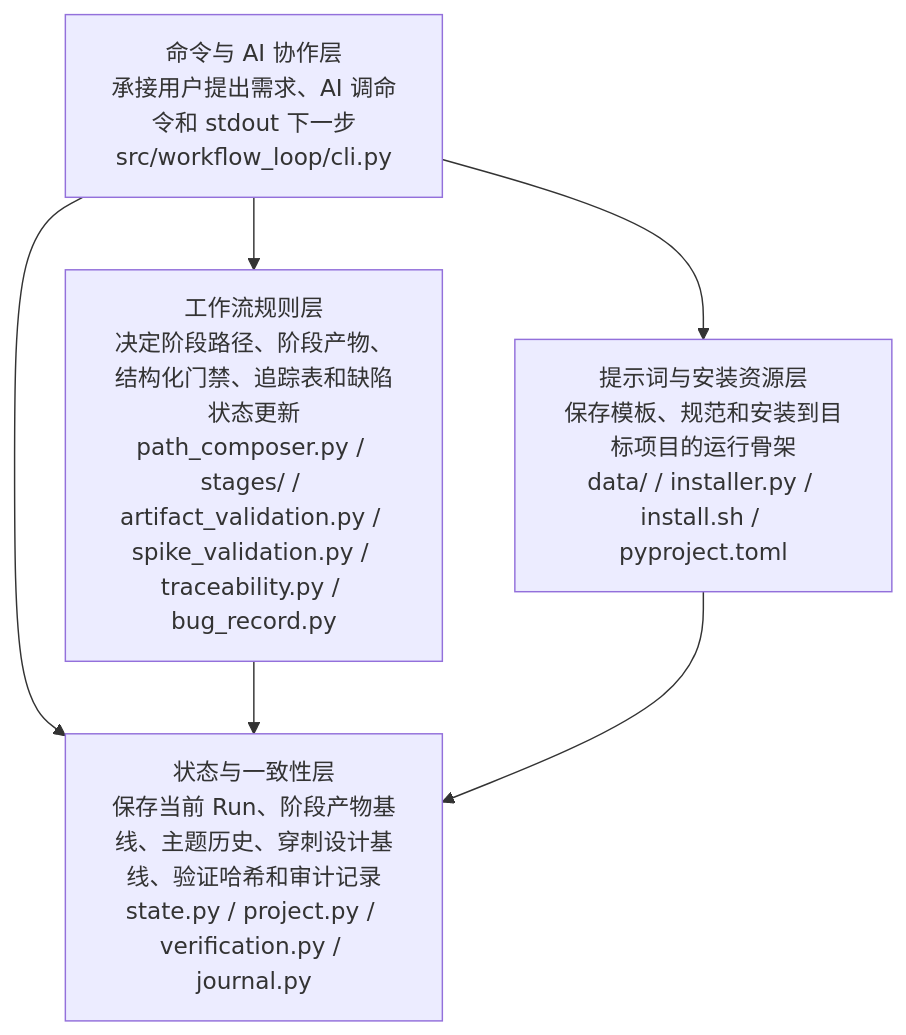
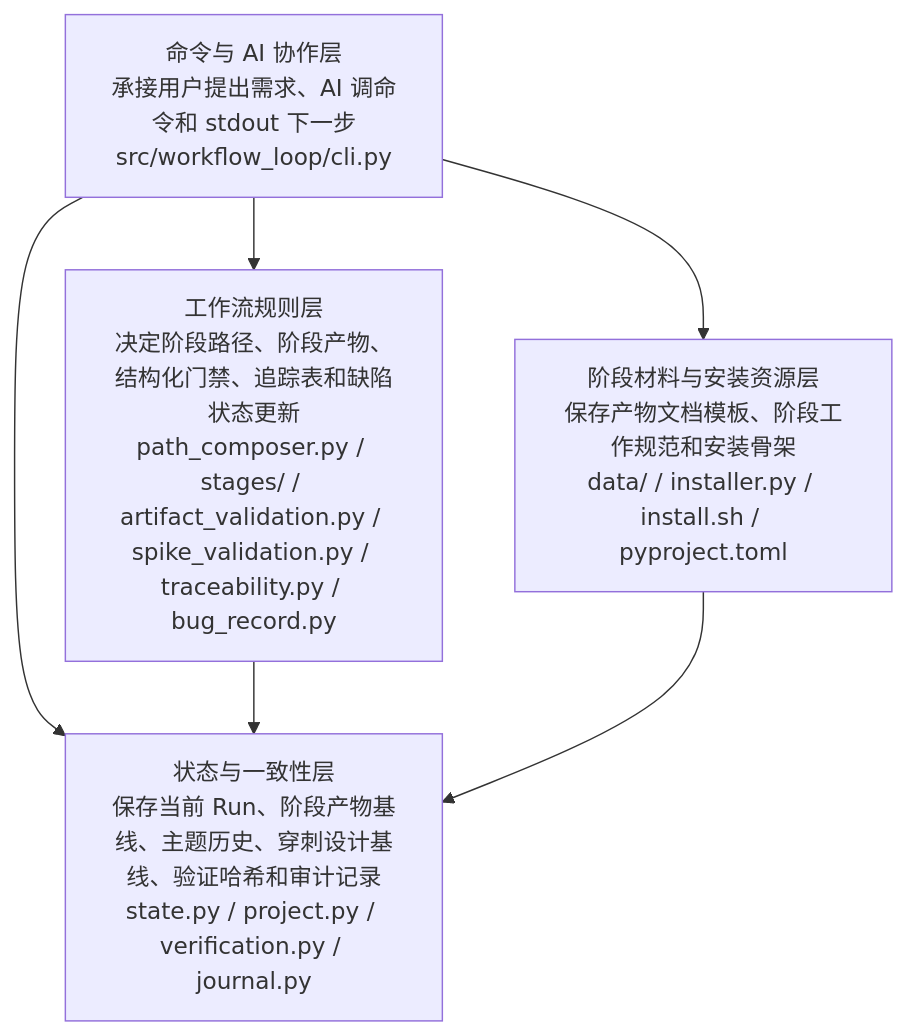
The first of 6 diagrams in spec/architecture_code_design.md (yuzyf/workflow_loop), drawn with Mermaid before and after one commit. The commit also changed other lines of this file and 71 other files, not shown here.

````diff
--- a/spec/architecture_code_design.md
+++ b/spec/architecture_code_design.md
@@ -104,13 +104,13 @@
 ```mermaid
 flowchart TB
     L1["命令与 AI 协作层<br/>承接用户提出需求、AI 调命令和 stdout 下一步<br/>src/workflow_loop/cli.py"]
     L2["工作流规则层<br/>决定阶段路径、阶段产物、结构化门禁、追踪表和缺陷状态更新<br/>path_composer.py / stages/ / artifact_validation.py / spike_validation.py / traceability.py / bug_record.py"]
     L3["状态与一致性层<br/>保存当前 Run、阶段产物基线、主题历史、穿刺设计基线、验证哈希和审计记录<br/>state.py / project.py / verification.py / journal.py"]
-    L4["提示词与安装资源层<br/>保存模板、规范和安装到目标项目的运行骨架<br/>data/ / installer.py / install.sh / pyproject.toml"]
+    L4["阶段材料与安装资源层<br/>保存产物文档模板、阶段工作规范和安装骨架<br/>data/ / installer.py / install.sh / pyproject.toml"]
 
     L1 --> L2
     L1 --> L3
     L1 --> L4
     L2 --> L3
     L4 --> L3
 ```
````
